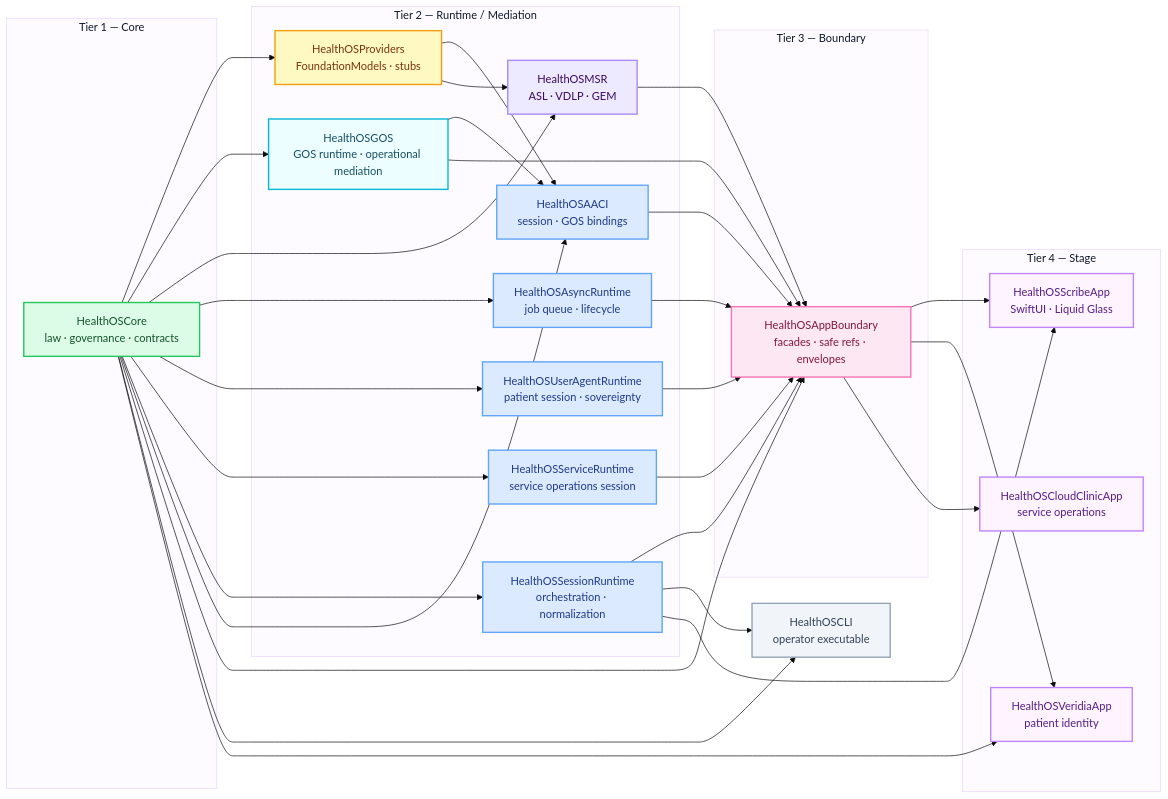
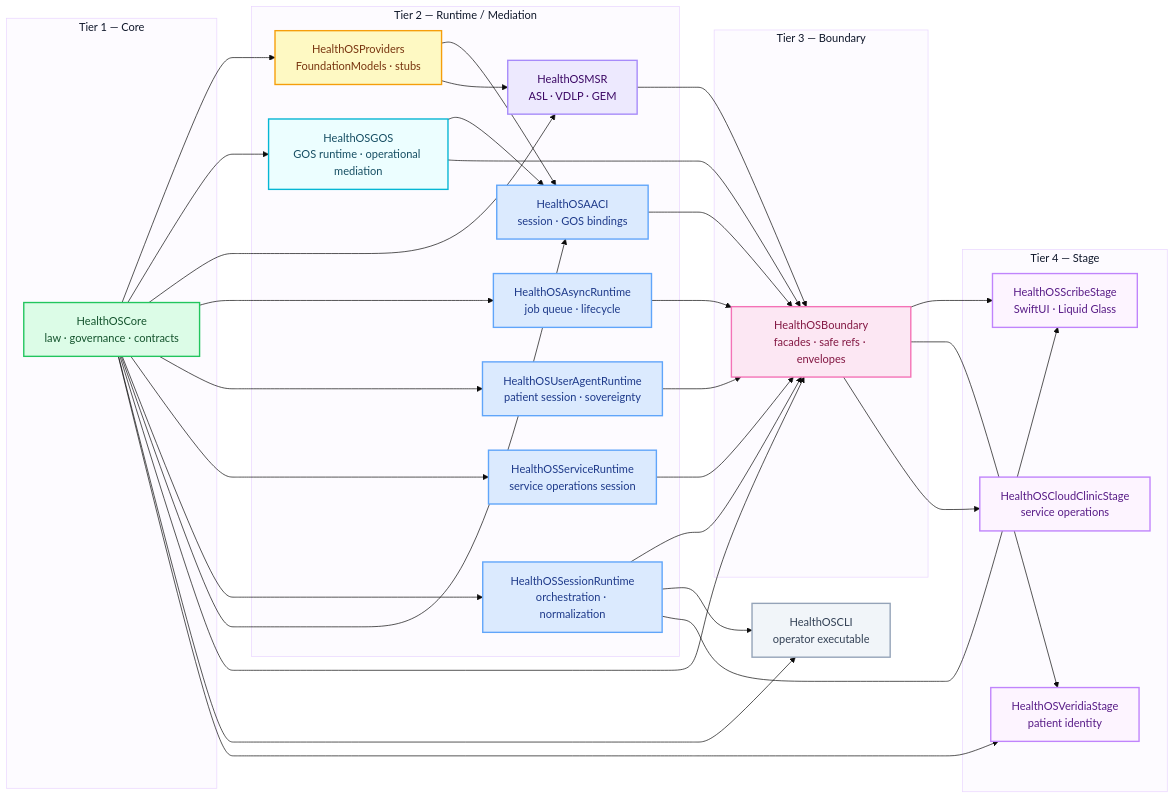
Before and after one commit to myselfgus/HealthOScaffold: the fourth of 12 diagrams in README.md, drawn with Mermaid. The commit also changed other lines of this file and 104 other files, not shown here.

Commit message:
Rename Boundary and Stage targets

````diff
--- a/README.md
+++ b/README.md
@@ -262,50 +262,50 @@
 ```mermaid
 %%{init: {'theme': 'base', 'themeVariables': {'primaryColor': '#f8f4ff', 'primaryBorderColor': '#c4b5fd', 'primaryTextColor': '#3b0764', 'clusterBkg': '#fdfbff', 'clusterBorder': '#e9d5ff', 'titleColor': '#0f172a', 'edgeLabelBackground': '#fdf8ff', 'fontFamily': 'ui-sans-serif, system-ui, -apple-system'}}}%%
 graph LR
     classDef core     fill:#dcfce7,stroke:#22c55e,stroke-width:2px,color:#14532d
     classDef runtime  fill:#dbeafe,stroke:#60a5fa,stroke-width:2px,color:#1e3a8a
     classDef gos      fill:#ecfeff,stroke:#06b6d4,stroke-width:2px,color:#164e63
     classDef provider fill:#fef9c3,stroke:#f59e0b,stroke-width:2px,color:#78350f
     classDef msr      fill:#ede9fe,stroke:#a78bfa,stroke-width:2px,color:#3b0764
     classDef boundary fill:#fce7f3,stroke:#f472b6,stroke-width:2px,color:#831843
     classDef app      fill:#fdf4ff,stroke:#c084fc,stroke-width:2px,color:#581c87
     classDef cli      fill:#f1f5f9,stroke:#94a3b8,stroke-width:2px,color:#334155
 
     subgraph T1["Tier 1 — Core"]
         CORE[HealthOSCore\nlaw · governance · contracts]:::core
     end
 
     subgraph T2["Tier 2 — Runtime / Mediation"]
         PROV[HealthOSProviders\nFoundationModels · stubs]:::provider
         GOS[HealthOSGOS\nGOS runtime · operational mediation]:::gos
         AACI[HealthOSAACI\nsession · GOS bindings]:::runtime
         MSR[HealthOSMSR\nASL · VDLP · GEM]:::msr
         ASYNC[HealthOSAsyncRuntime\njob queue · lifecycle]:::runtime
         UAR[HealthOSUserAgentRuntime\npatient session · sovereignty]:::runtime
         SVR[HealthOSServiceRuntime\nservice operations session]:::runtime
         SRT[HealthOSSessionRuntime\norchestration · normalization]:::runtime
     end
 
     subgraph T3["Tier 3 — Boundary"]
-        AB[HealthOSAppBoundary\nfacades · safe refs · envelopes]:::boundary
+        AB[HealthOSBoundary\nfacades · safe refs · envelopes]:::boundary
     end
 
     subgraph T4["Tier 4 — Stage"]
-        SCRIBE[HealthOSScribeApp\nSwiftUI · Liquid Glass]:::app
-        VERIDIA[HealthOSVeridiaApp\npatient identity]:::app
-        CC[HealthOSCloudClinicApp\nservice operations]:::app
+        SCRIBE[HealthOSScribeStage\nSwiftUI · Liquid Glass]:::app
+        VERIDIA[HealthOSVeridiaStage\npatient identity]:::app
+        CC[HealthOSCloudClinicStage\nservice operations]:::app
     end
 
     CLI[HealthOSCLI\noperator executable]:::cli
 
     CORE --> PROV & GOS & MSR & ASYNC & UAR & SVR & SRT
     PROV --> AACI & MSR
     GOS --> AACI
     CORE --> AACI
     AACI & MSR & ASYNC & UAR & SVR & SRT --> AB
     GOS & CORE --> AB
     CORE & SRT --> CLI
     AB & SRT --> SCRIBE
     AB & CORE --> VERIDIA
     AB --> CC
 ```
````
